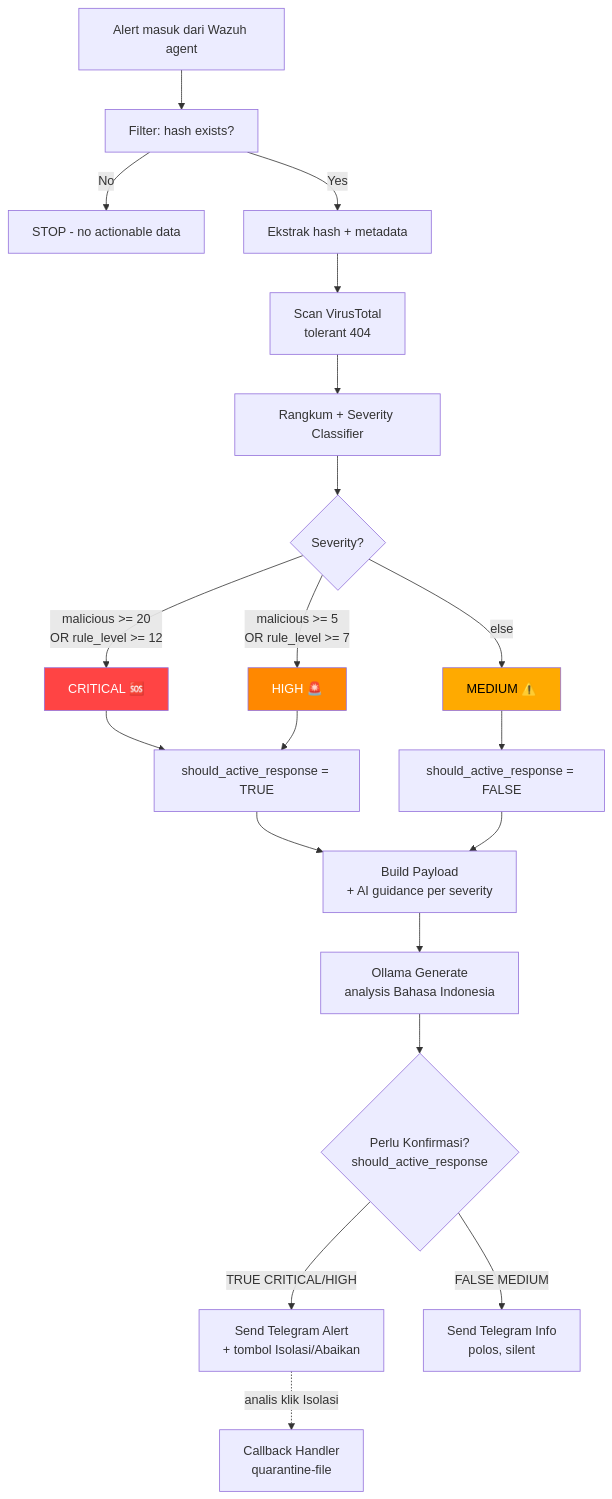
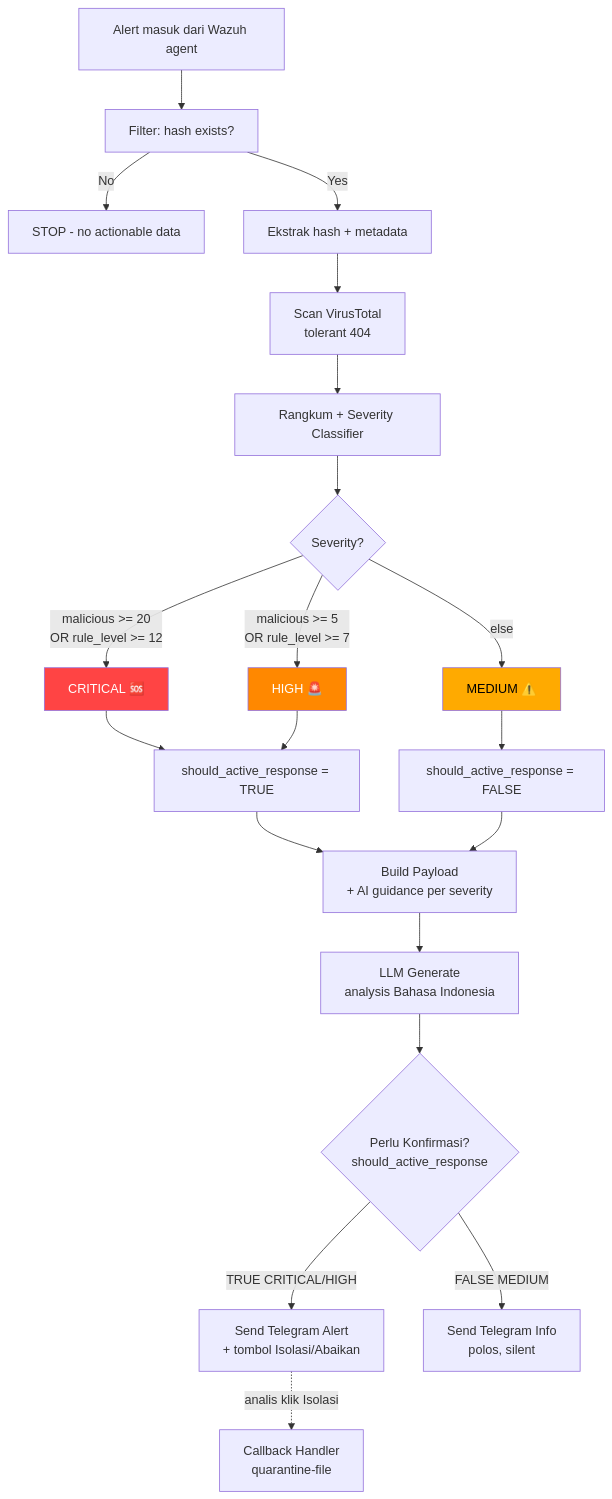
The third of 6 diagrams in docs/ARCHITECTURE.md (ravi-arnan/soar-project), drawn with Mermaid before and after one commit. The commit also changed other lines of this file and 38 other files, not shown here.

````diff
--- a/docs/ARCHITECTURE.md
+++ b/docs/ARCHITECTURE.md
@@ -200,31 +200,31 @@
 ```mermaid
 graph TD
     A[Alert masuk dari Wazuh agent] --> B[Filter: hash exists?]
     B -->|No| Z1[STOP - no actionable data]
     B -->|Yes| C[Ekstrak hash + metadata]
     C --> D[Scan VirusTotal<br/>tolerant 404]
     D --> E[Rangkum + Severity Classifier]
 
     E --> F{Severity?}
     F -->|malicious >= 20<br/>OR rule_level >= 12| G[CRITICAL 🆘]
     F -->|malicious >= 5<br/>OR rule_level >= 7| H[HIGH 🚨]
     F -->|else| I[MEDIUM ⚠️]
 
     G --> J[should_active_response = TRUE]
     H --> J
     I --> K[should_active_response = FALSE]
 
     J --> P[Build Payload<br/>+ AI guidance per severity]
     K --> P
 
-    P --> Q[Ollama Generate<br/>analysis Bahasa Indonesia]
+    P --> Q[LLM Generate<br/>analysis Bahasa Indonesia]
     Q --> S{Perlu Konfirmasi?<br/>should_active_response}
     S -->|TRUE CRITICAL/HIGH| T[Send Telegram Alert<br/>+ tombol Isolasi/Abaikan]
     S -->|FALSE MEDIUM| U[Send Telegram Info<br/>polos, silent]
 
     T -.->|analis klik Isolasi| V[Callback Handler<br/>quarantine-file]
 
     style G fill:#ff4444,color:#fff
     style H fill:#ff8800,color:#fff
     style I fill:#ffaa00,color:#000
 ```
````
